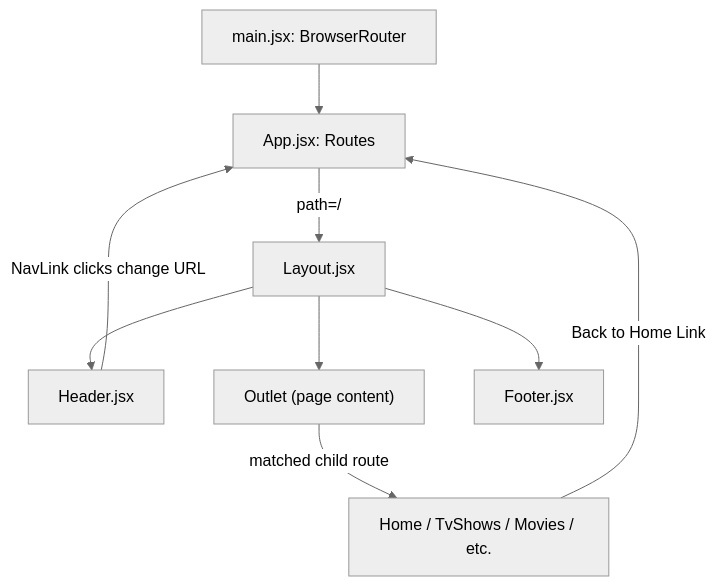
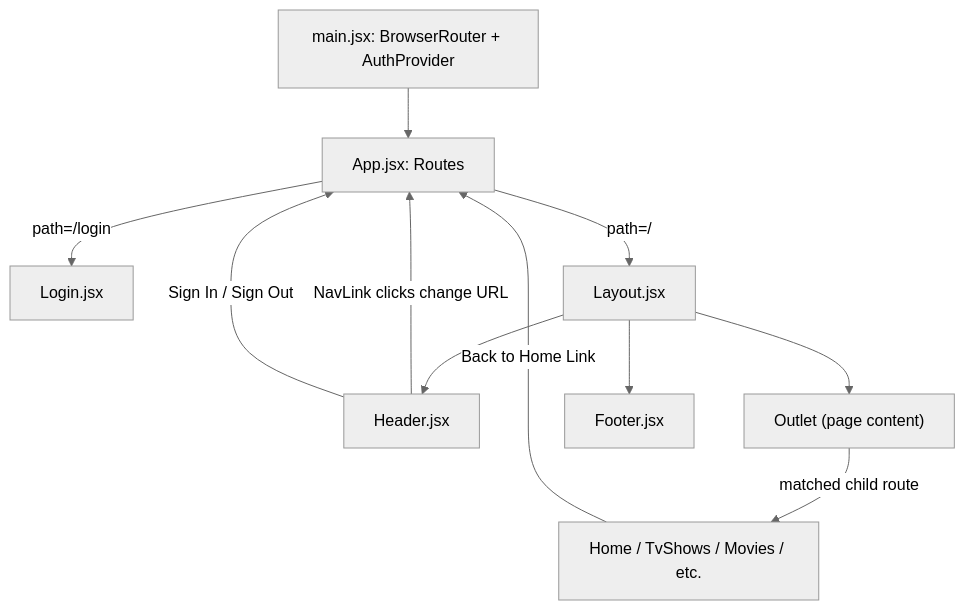
Before and after one commit to Asrael21/Netflix-Clone-Project: the diagram in routingDiagram/ROUTING.md, drawn with Mermaid (neutral theme). The commit also changed 19 other files, not shown here.

````diff
--- a/routingDiagram/ROUTING.md
+++ b/routingDiagram/ROUTING.md
@@ -3,11 +3,13 @@
 ```mermaid
 flowchart TD
-    A[main.jsx: BrowserRouter] --> B[App.jsx: Routes]
+    A[main.jsx: BrowserRouter + AuthProvider] --> B[App.jsx: Routes]
+    B -->|path=/login| L[Login.jsx]
     B -->|path=/| C[Layout.jsx]
     C --> D[Header.jsx]
     C --> E["Outlet (page content)"]
     C --> F[Footer.jsx]
     D -->|NavLink clicks change URL| B
+    D -->|Sign In / Sign Out| B
     E -->|matched child route| G[Home / TvShows / Movies / etc.]
     G -->|Back to Home Link| B
 ```
````
